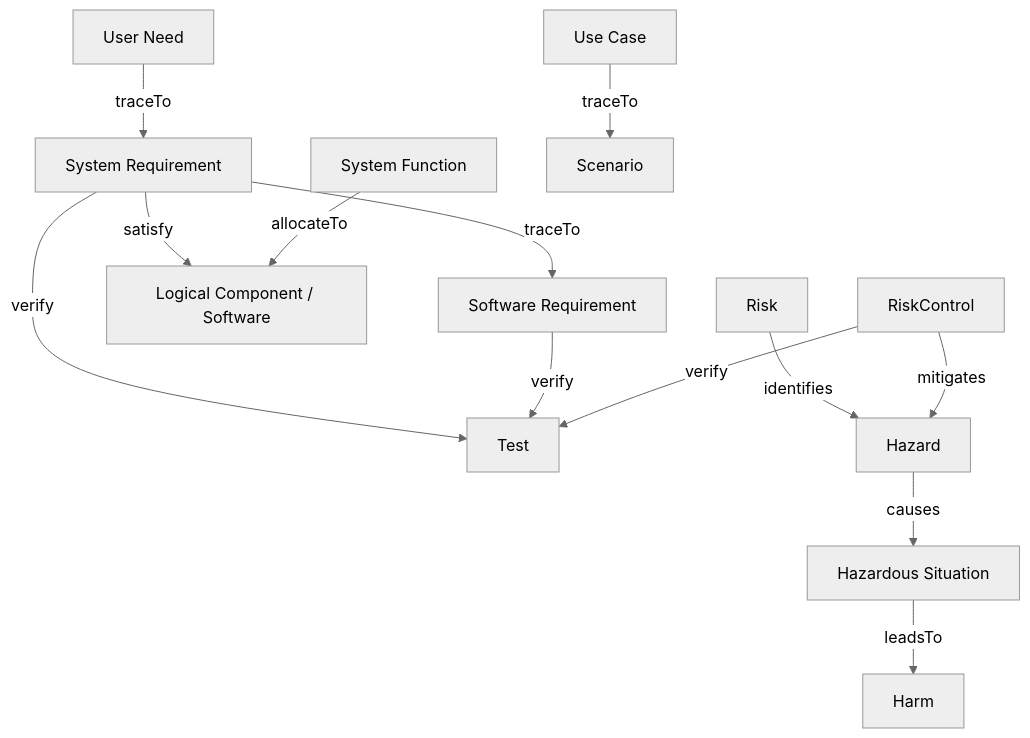
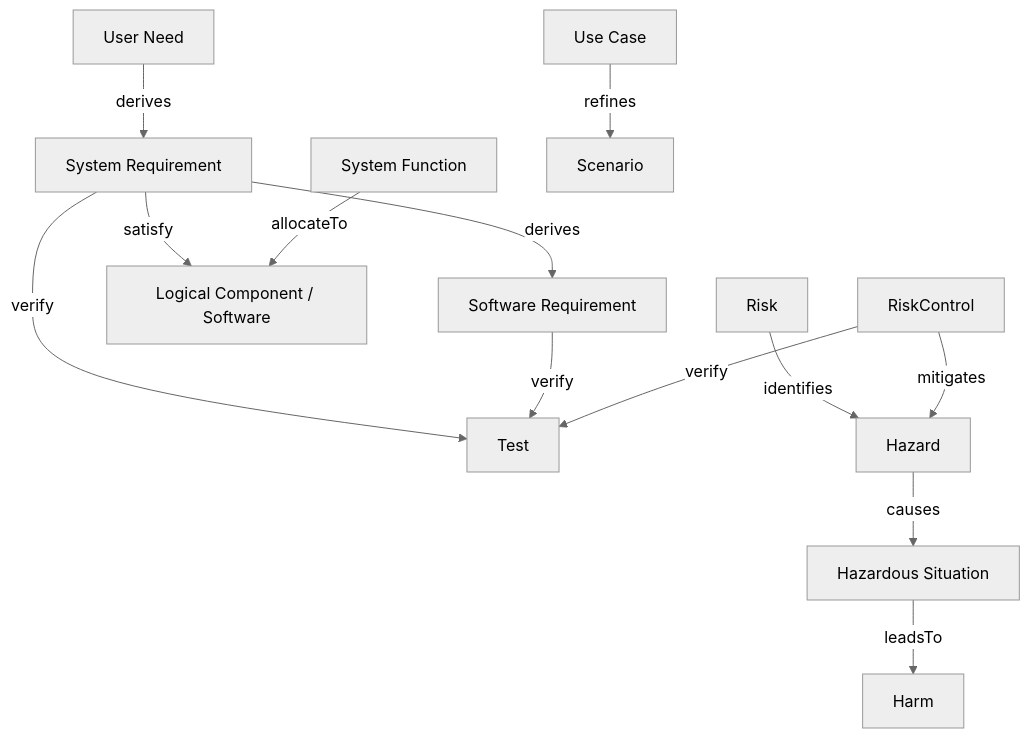
Before and after one commit to memoarchitect/memo-architect: the diagram in docs/guides/modeling-guide.md, drawn with Mermaid (neutral theme). The commit also changed other lines of this file and 15 other files, not shown here.

````diff
--- a/docs/guides/modeling-guide.md
+++ b/docs/guides/modeling-guide.md
@@ -12,15 +12,15 @@
 ```mermaid
 graph TD
-    UN[User Need] -->|traceTo| SR[System Requirement]
-    SR -->|traceTo| SwR[Software Requirement]
+    UN[User Need] -->|derives| SR[System Requirement]
+    SR -->|derives| SwR[Software Requirement]
     SR -->|satisfy| COMP[Logical Component / Software]
     SR -->|verify| TEST[Test]
     SwR -->|verify| TEST
     HAZ[Hazard] -->|causes| HS[Hazardous Situation]
     HS -->|leadsTo| HARM[Harm]
     RISK[Risk] -->|identifies| HAZ
     RC[RiskControl] -->|mitigates| HAZ
     RC -->|verify| TEST
     SF[System Function] -->|allocateTo| COMP
-    UC[Use Case] -->|traceTo| SCEN[Scenario]
+    UC[Use Case] -->|refines| SCEN[Scenario]
 ```
````
